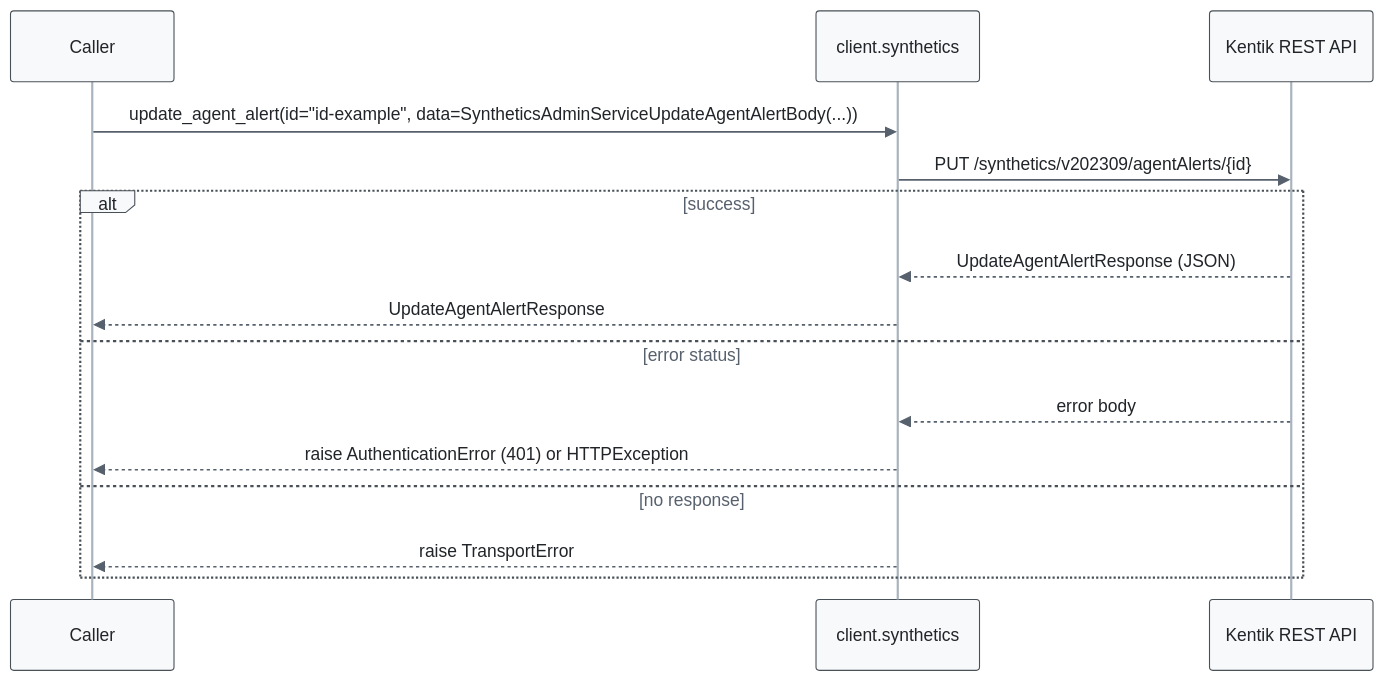
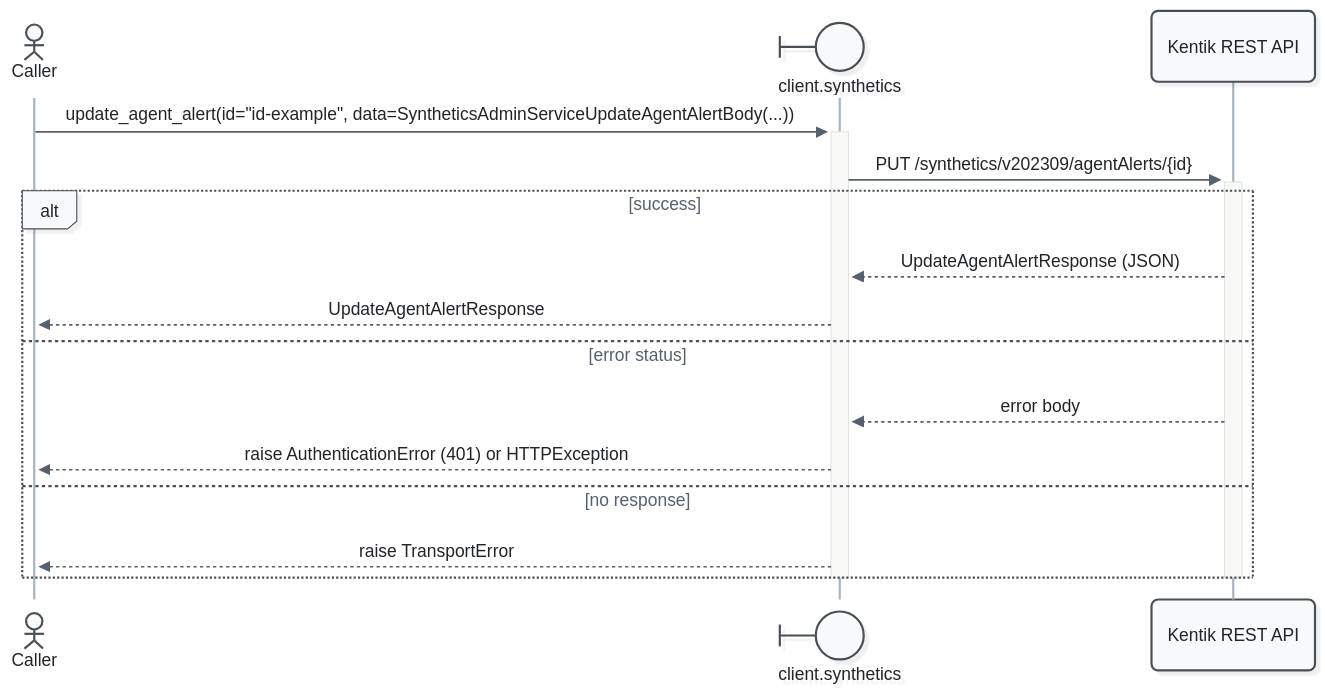
Before and after one commit to alexdearaujo/community_sdk_python: the seventh of 37 diagrams in docs/sphinx/services/synthetics.md, drawn with Mermaid. The commit also changed other lines of this file and 52 other files, not shown here.

First line of the commit message:
docs: Mermaid 12 sequence diagrams with participant types and path colors

````diff
--- a/docs/sphinx/services/synthetics.md
+++ b/docs/sphinx/services/synthetics.md
@@ -268,19 +283,21 @@
 ```mermaid
-%%{init: {"theme": "base", "fontFamily": "ui-monospace, SFMono-Regular, Menlo, monospace", "themeVariables": {"fontFamily": "ui-monospace, SFMono-Regular, Menlo, monospace", "primaryColor": "#f8f9fa", "primaryBorderColor": "#495057", "primaryTextColor": "#212529", "textColor": "#212529", "lineColor": "#77818c", "edgeLabelBackground": "#ffffff", "actorBkg": "#f8f9fa", "actorBorder": "#495057", "actorTextColor": "#212529", "actorLineColor": "#a9b3be", "signalColor": "#57616d", "signalTextColor": "#212529", "labelBoxBkgColor": "#f8f9fa", "labelBoxBorderColor": "#495057", "labelTextColor": "#212529", "loopTextColor": "#57616d", "noteBkgColor": "#fff9db", "noteBorderColor": "#f08c00", "noteTextColor": "#a35a00"}, "flowchart": {"curve": "step", "nodeSpacing": 30, "rankSpacing": 70, "wrappingWidth": 400}}}%%
+%%{init: {"theme": "redux", "look": "neo", "layout": "dagre", "fontFamily": "ui-monospace, SFMono-Regular, Menlo, monospace", "themeVariables": {"fontFamily": "ui-monospace, SFMono-Regular, Menlo, monospace", "primaryColor": "#f8f9fa", "primaryBorderColor": "#495057", "primaryTextColor": "#212529", "textColor": "#212529", "lineColor": "#77818c", "edgeLabelBackground": "#ffffff", "actorBkg": "#f8f9fa", "actorBorder": "#495057", "actorTextColor": "#212529", "actorLineColor": "#a9b3be", "signalColor": "#57616d", "signalTextColor": "#212529", "labelBoxBkgColor": "#f8f9fa", "labelBoxBorderColor": "#495057", "labelTextColor": "#212529", "loopTextColor": "#57616d", "noteBkgColor": "#fff9db", "noteBorderColor": "#f08c00", "noteTextColor": "#a35a00"}, "sequence": {"activationWidth": 16}, "flowchart": {"curve": "step", "nodeSpacing": 30, "rankSpacing": 70, "wrappingWidth": 400}}}%%
 sequenceDiagram
-    participant C as Caller
-    participant W as client.synthetics
+    actor C as Caller
+    participant W@{ "type": "boundary" } as client.synthetics
     participant API as Kentik REST API
 
-    C->>W: update_agent_alert(id="id-example", data=SyntheticsAdminServiceUpdateAgentAlertBody(...))
-    W->>API: PUT /synthetics/v202309/agentAlerts/{id}
+    C->>+W: update_agent_alert(id="id-example", data=SyntheticsAdminServiceUpdateAgentAlertBody(...))
+    W->>+API: PUT /synthetics/v202309/agentAlerts/{id}
     alt success
         API-->>W: UpdateAgentAlertResponse (JSON)
         W-->>C: UpdateAgentAlertResponse
     else error status
         API-->>W: error body
         W-->>C: raise AuthenticationError (401) or HTTPException
     else no response
         W-->>C: raise TransportError
     end
+    deactivate API
+    deactivate W
 ```
````
